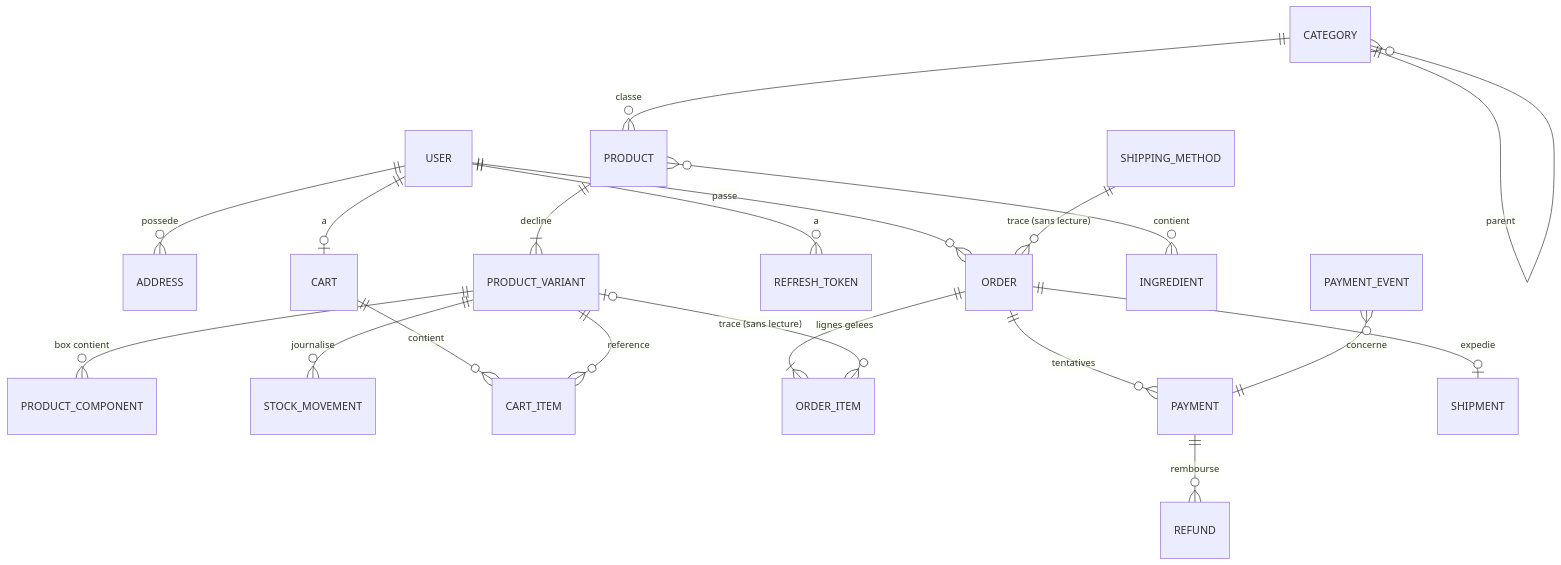
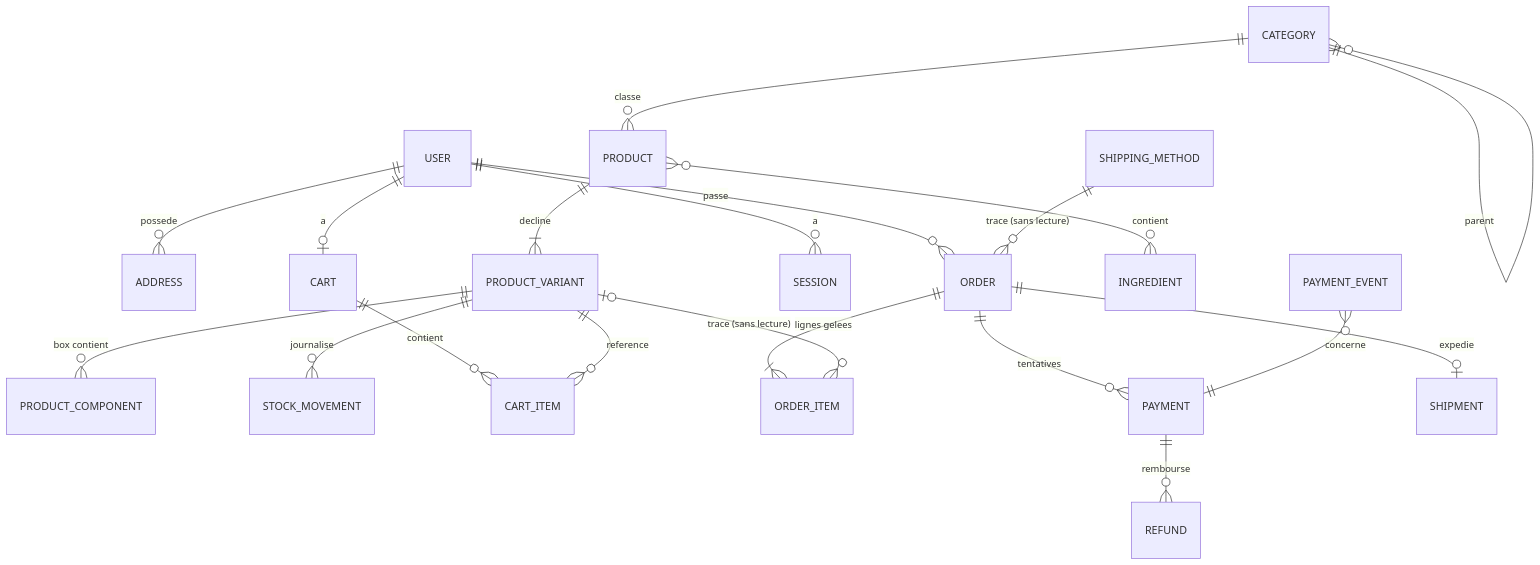
Before and after one commit to BrumeV2/brume_back: the diagram in docs/DATA-MODEL.md, drawn with Mermaid. The commit also changed other lines of this file and 42 other files, not shown here.

````diff
--- a/docs/DATA-MODEL.md
+++ b/docs/DATA-MODEL.md
@@ -20,25 +20,25 @@
 ```mermaid
 erDiagram
     USER ||--o{ ADDRESS : possede
     USER ||--o| CART : a
     USER ||--o{ ORDER : passe
-    USER ||--o{ REFRESH_TOKEN : a
+    USER ||--o{ SESSION : a
 
     CATEGORY ||--o{ CATEGORY : parent
     CATEGORY ||--o{ PRODUCT : classe
     PRODUCT ||--|{ PRODUCT_VARIANT : decline
     PRODUCT }o--o{ INGREDIENT : contient
     PRODUCT_VARIANT ||--o{ PRODUCT_COMPONENT : "box contient"
     PRODUCT_VARIANT ||--o{ STOCK_MOVEMENT : journalise
 
     CART ||--o{ CART_ITEM : contient
     PRODUCT_VARIANT ||--o{ CART_ITEM : reference
 
     ORDER ||--|{ ORDER_ITEM : "lignes gelees"
     PRODUCT_VARIANT |o--o{ ORDER_ITEM : "trace (sans lecture)"
     ORDER ||--o{ PAYMENT : "tentatives"
     PAYMENT ||--o{ REFUND : rembourse
     ORDER ||--o| SHIPMENT : expedie
     SHIPPING_METHOD ||--o{ ORDER : "trace (sans lecture)"
     PAYMENT_EVENT }o--|| PAYMENT : concerne
 ```
````
